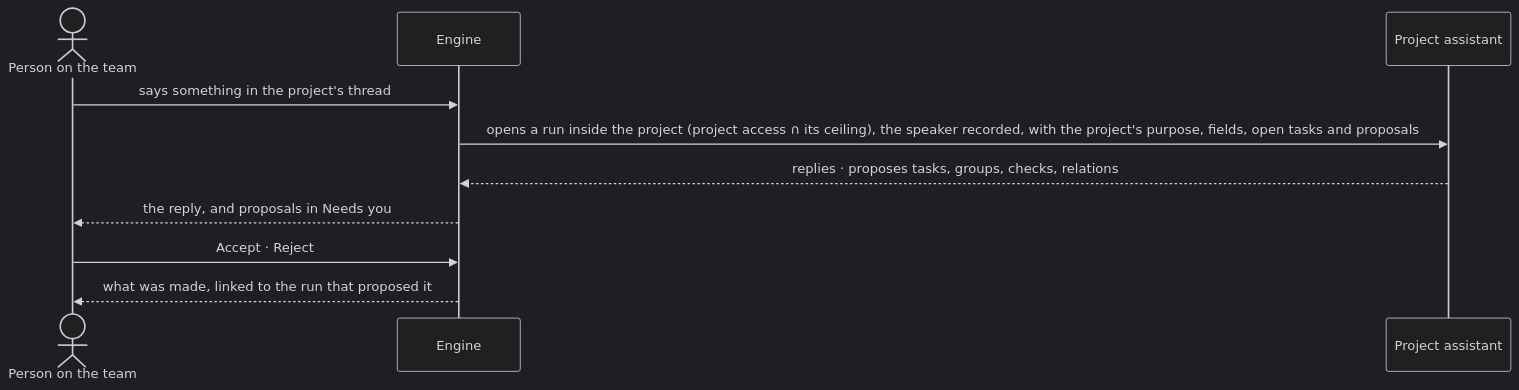
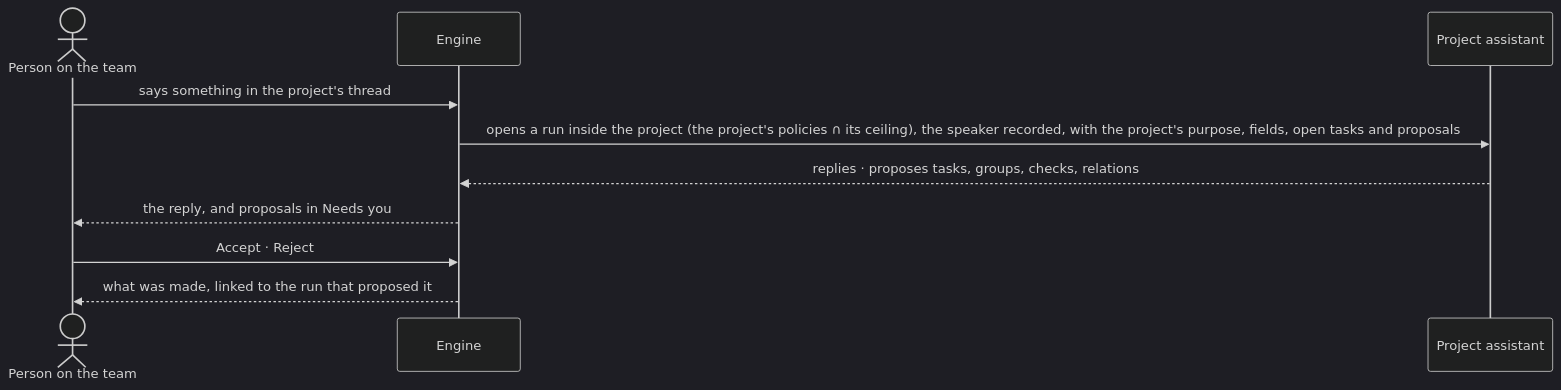
One commit to invana/invana changed the second of 2 diagrams in specs/capabilities/projects/features/PJ-F01-projects-and-tasks/stories/PJ-21-ideate-with-the-project-assistant/story.md. Above: the diagram before and after it, drawn with Mermaid (dark theme). The commit also changed other lines of this file and 26 other files, not shown here.

First line of the commit message:
docs(specs): one Access Policy type, tabbed policy form, project limits

````diff
--- a/specs/capabilities/projects/features/PJ-F01-projects-and-tasks/stories/PJ-21-ideate-with-the-project-assistant/story.md
+++ b/specs/capabilities/projects/features/PJ-F01-projects-and-tasks/stories/PJ-21-ideate-with-the-project-assistant/story.md
@@ -51,12 +51,12 @@
 ```mermaid
 sequenceDiagram
   actor M as Person on the team
   participant E as Engine
   participant PA as Project assistant
   M->>E: says something in the project's thread
-  E->>PA: opens a run inside the project (project access ∩ its ceiling), the speaker recorded, with the project's purpose, fields, open tasks and proposals
+  E->>PA: opens a run inside the project (the project's policies ∩ its ceiling), the speaker recorded, with the project's purpose, fields, open tasks and proposals
   PA-->>E: replies · proposes tasks, groups, checks, relations
   E-->>M: the reply, and proposals in Needs you
   M->>E: Accept · Reject
   E-->>M: what was made, linked to the run that proposed it
 ```
````
